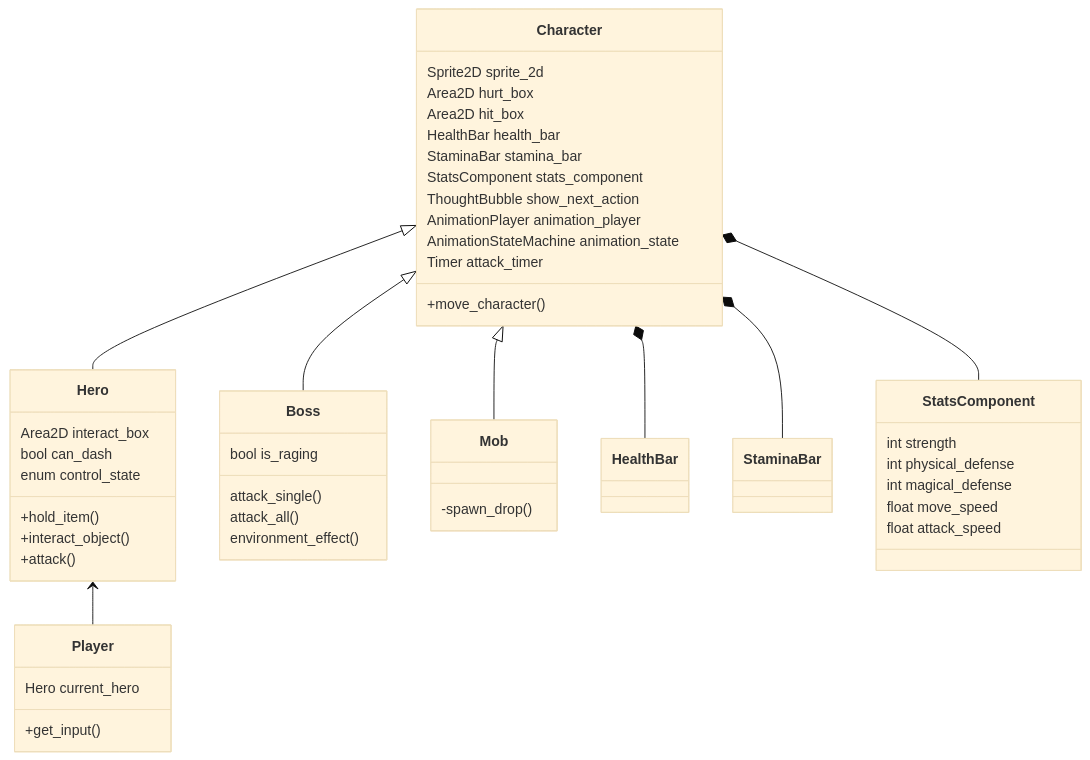
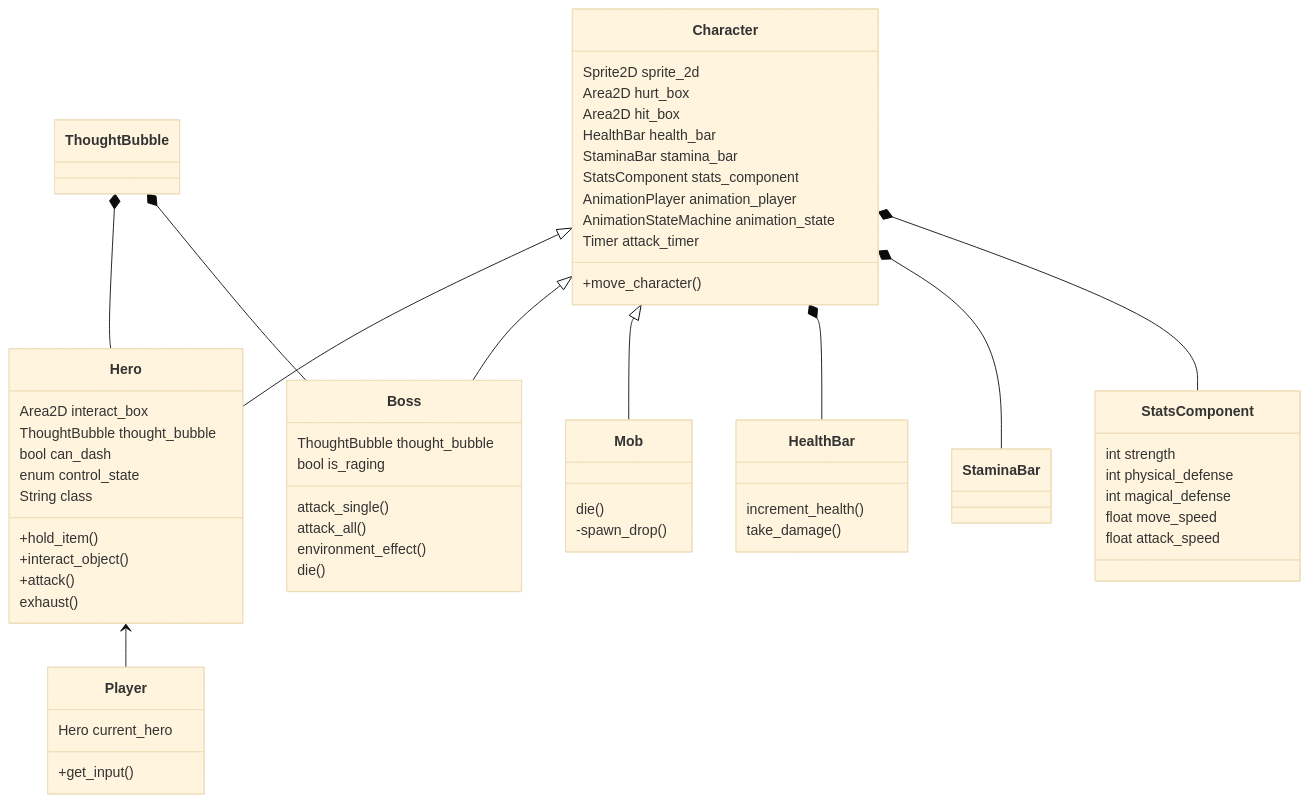
Before and after one commit to toffee-noodleson/combat-chef: the diagram in combat_chef_docs/Class Diagrams/Main Classes.md, drawn with Mermaid (base theme).

````diff
--- a/combat_chef_docs/Class Diagrams/Main Classes.md
+++ b/combat_chef_docs/Class Diagrams/Main Classes.md
@@ -2,53 +2,68 @@
 ```mermaid
 classDiagram
 	Character <|-- Hero
 	Character <|-- Boss
 	Character <|-- Mob
 	Character *-- HealthBar
 	Character *-- StaminaBar
 	Character *-- StatsComponent
+	ThoughtBubble *-- Hero
+	ThoughtBubble *-- Boss
 	Hero <-- Player
 	class Character {
 		Sprite2D sprite_2d
 		Area2D hurt_box
 		Area2D hit_box
 		HealthBar health_bar
 		StaminaBar stamina_bar
 		StatsComponent stats_component
-		ThoughtBubble show_next_action
 		AnimationPlayer animation_player
 		AnimationStateMachine animation_state
 		Timer attack_timer
 		+move_character()
 	}
 	class Hero {
 		Area2D interact_box
+		ThoughtBubble thought_bubble
 		bool can_dash
 		enum control_state
+		String class
 		+hold_item()
 		+interact_object()
 		+attack()
+		exhaust()
 		
 	}
 	class Boss {
+		ThoughtBubble thought_bubble
 		bool is_raging
 		attack_single()
 		attack_all()
 		environment_effect()
+		die()
 	}
 	class Mob {
+		die()
 		-spawn_drop()
+	}
+	class HealthBar {
+		increment_health()
+		take_damage()
+	}
+	class StaminaBar {
 	}
 	class StatsComponent {
 	int strength
 	int physical_defense
 	int magical_defense
 	float move_speed
 	float attack_speed
 	}
+	class ThoughtBubble {
+	}
 	class Player {
 		Hero current_hero
 		+get_input()
 	}
 	
 ```
````
